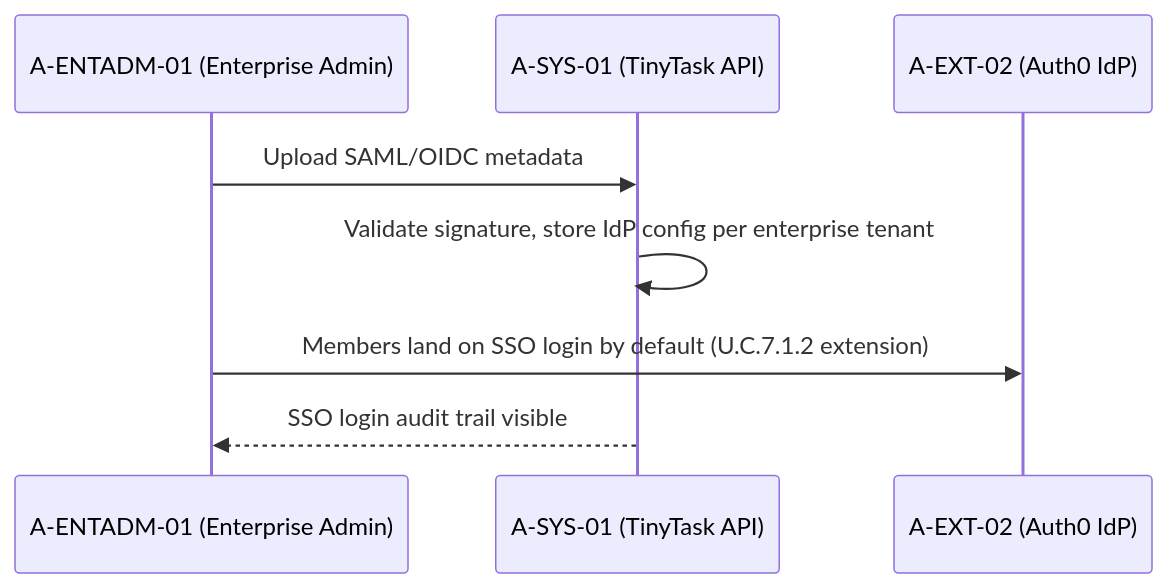
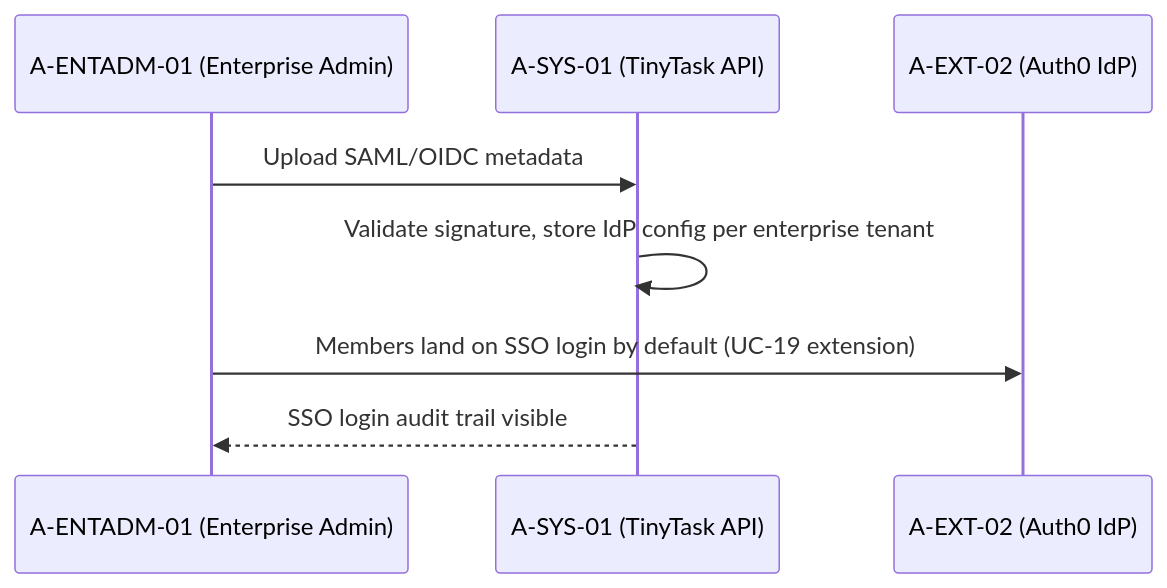
Diagram 20 of 23 in 02_CASES/Case_01_TinyTask_SaaS/03_PHASE3_DECOMPOSITION_RICH/annexes/B_Sequence_Diagrams.md (pauloribeiro16/Methodology_compact), drawn with Mermaid before and after one commit. The commit also changed other lines of this file and 34 other files, not shown here.

Commit message:
[EXECUTOR] F2 RENUMBER Case_01: U.C.x.y.z flattened → UC-01..40 (compliance 01..17 + product 18..40), two-phase, 20 files, xlsx+builder regenerated, 11 SVGs re-rendered; gates PASS (verify_rich 0, audit 100%, mermaid 192/192, smoke 16/16)

````diff
--- a/02_CASES/Case_01_TinyTask_SaaS/03_PHASE3_DECOMPOSITION_RICH/annexes/B_Sequence_Diagrams.md
+++ b/02_CASES/Case_01_TinyTask_SaaS/03_PHASE3_DECOMPOSITION_RICH/annexes/B_Sequence_Diagrams.md
@@ -256,10 +257,10 @@
 ```mermaid
 sequenceDiagram
     participant ENT as A-ENTADM-01 (Enterprise Admin)
     participant SYS as A-SYS-01 (TinyTask API)
     participant IdP as A-EXT-02 (Auth0 IdP)
     ENT->>SYS: Upload SAML/OIDC metadata
     SYS->>SYS: Validate signature, store IdP config per enterprise tenant
-    ENT->>IdP: Members land on SSO login by default (U.C.7.1.2 extension)
+    ENT->>IdP: Members land on SSO login by default (UC-19 extension)
     SYS-->>ENT: SSO login audit trail visible
 ```
````
